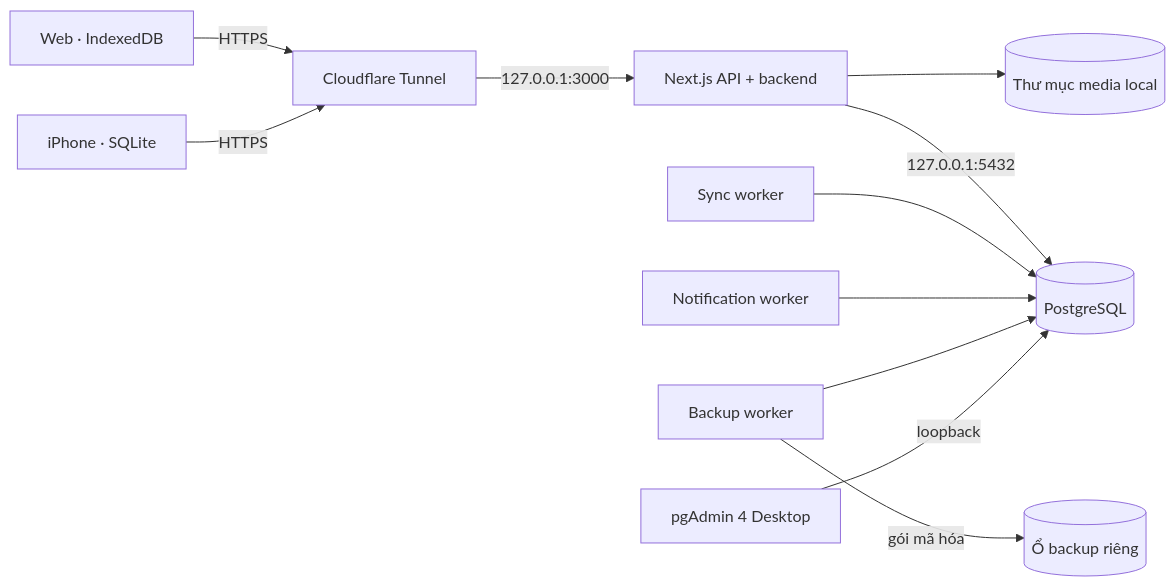
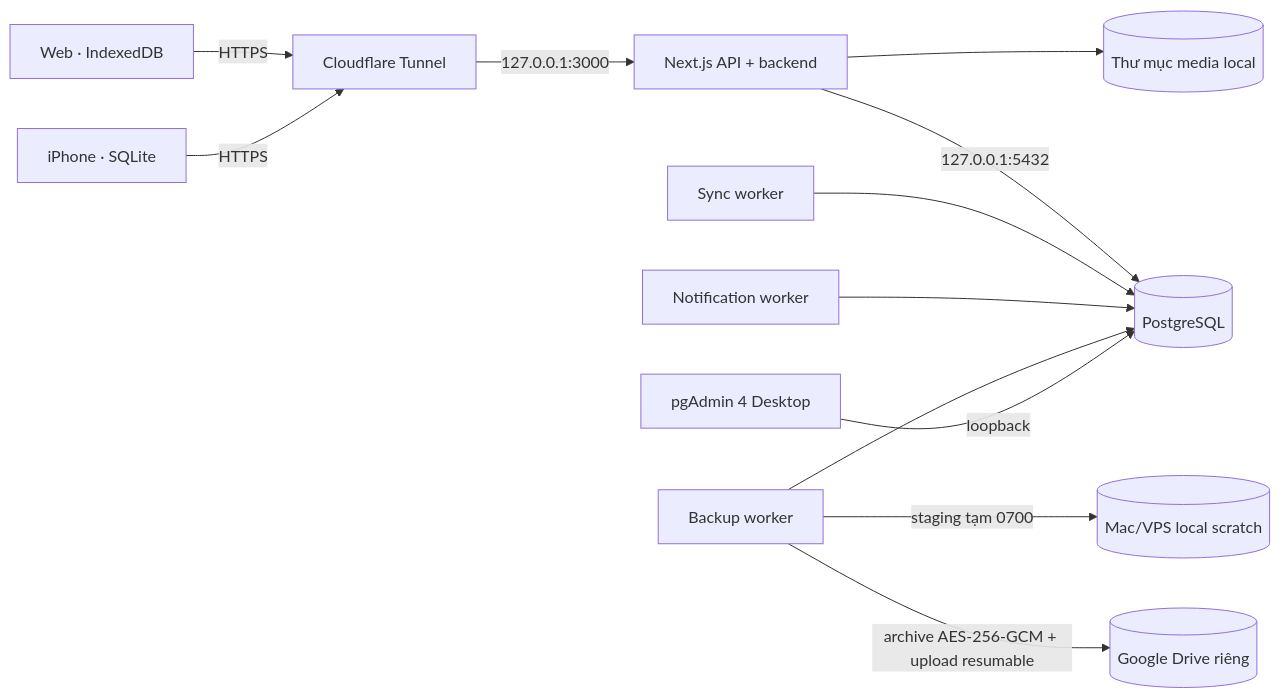
Before and after one commit to luma-soft/luma-pos-web: the diagram in docs/self-hosted-operations.md, drawn with Mermaid. The commit also changed other lines of this file and 16 other files, not shown here.

Commit message:
Switch self-hosted backups to Google Drive

````diff
--- a/docs/self-hosted-operations.md
+++ b/docs/self-hosted-operations.md
@@ -11,13 +11,14 @@
 ```mermaid
 flowchart LR
   Web[Web · IndexedDB] -->|HTTPS| CF[Cloudflare Tunnel]
   iOS[iPhone · SQLite] -->|HTTPS| CF
   CF -->|127.0.0.1:3000| Next[Next.js API + backend]
   Next -->|127.0.0.1:5432| PG[(PostgreSQL)]
   Next --> Media[(Thư mục media local)]
   Sync[Sync worker] --> PG
   Notify[Notification worker] --> PG
   Backup[Backup worker] --> PG
-  Backup -->|gói mã hóa| BackupDisk[(Ổ backup riêng)]
+  Backup -->|archive AES-256-GCM + upload resumable| Drive[(Google Drive riêng)]
+  Backup -->|staging tạm 0700| Staging[(Mac/VPS local scratch)]
   Admin[pgAdmin 4 Desktop] -->|loopback| PG
 ```
````
